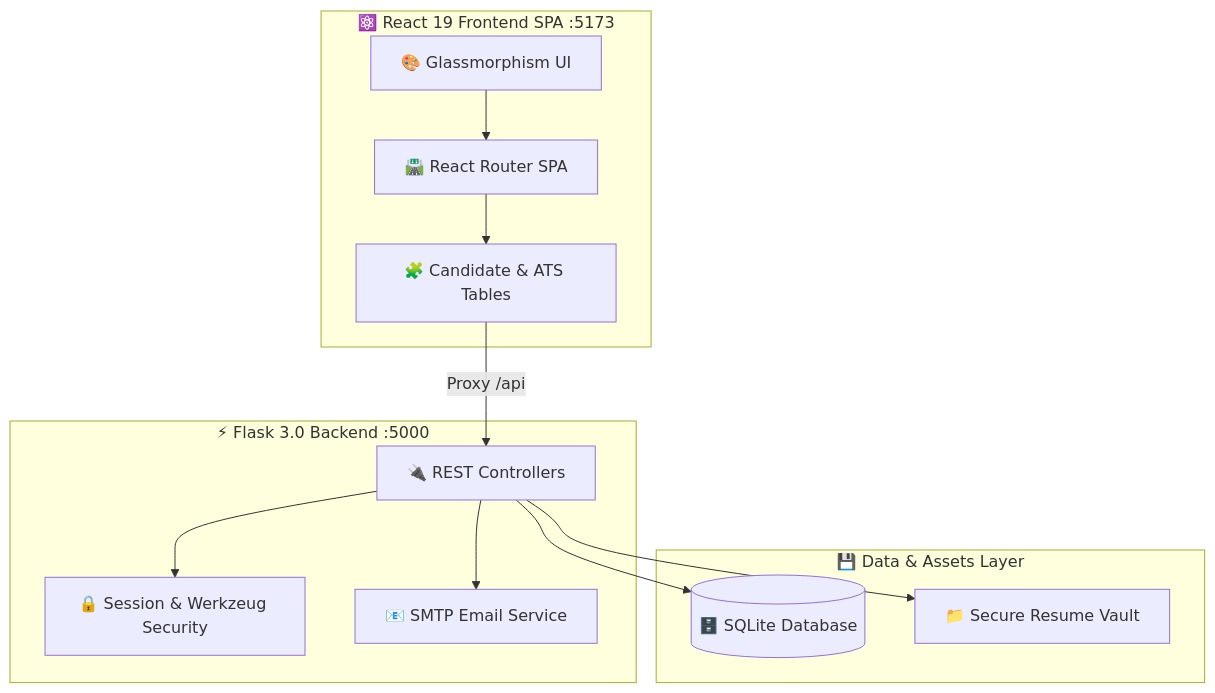
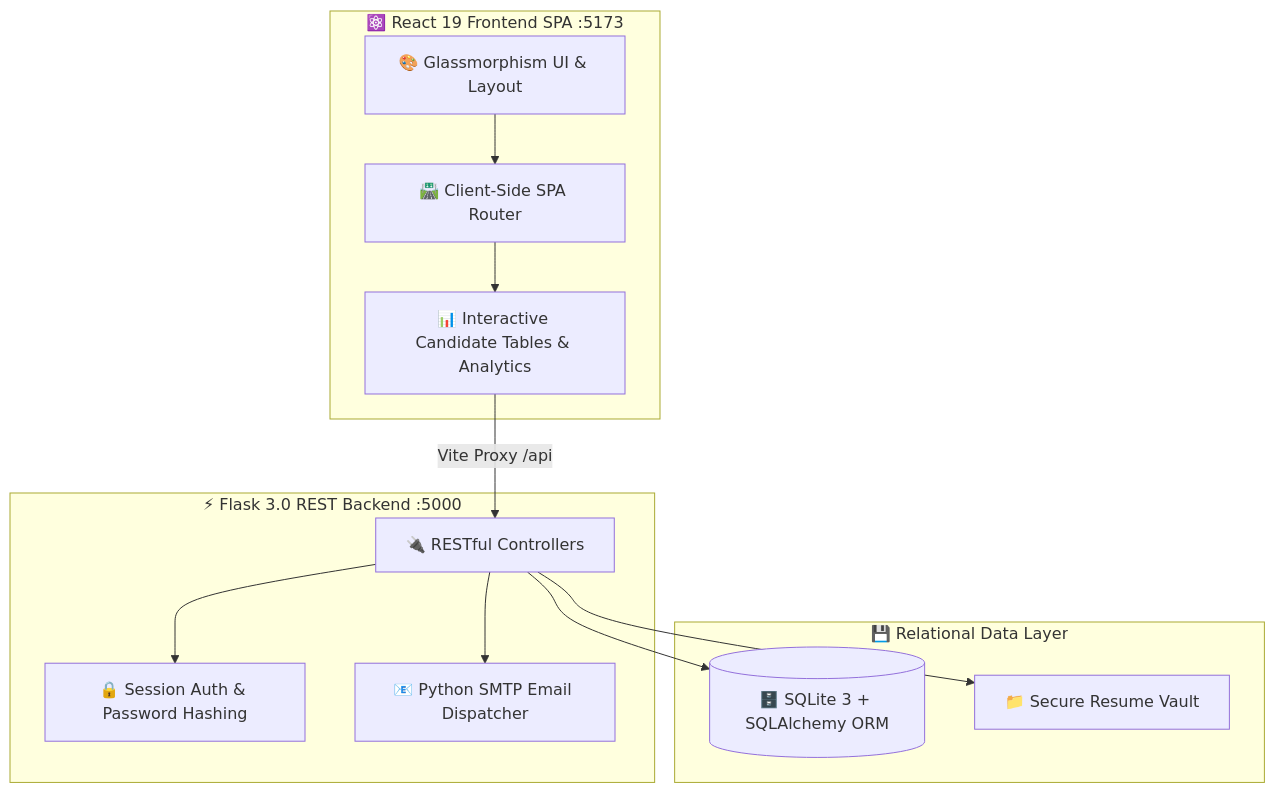
One commit to Nivedreddy6/Flask changed the first of 2 diagrams in README.md. Above: the diagram before and after it, drawn with Mermaid. The commit also changed other lines of this file and 1 other file, not shown here.

````diff
--- a/README.md
+++ b/README.md
@@ -76,27 +123,27 @@
 ```mermaid
 flowchart TD
     subgraph Frontend [⚛️ React 19 Frontend SPA :5173]
-        UI[🎨 Glassmorphism UI]
-        Router[🛣️ React Router SPA]
-        Components[🧩 Candidate & ATS Tables]
+        UI[🎨 Glassmorphism UI & Layout]
+        Router[🛣️ Client-Side SPA Router]
+        ATS_Table[📊 Interactive Candidate Tables & Analytics]
     end
 
-    subgraph Backend [⚡ Flask 3.0 Backend :5000]
-        API[🔌 REST Controllers]
-        Auth[🔒 Session & Werkzeug Security]
-        Mailer[📧 SMTP Email Service]
+    subgraph Backend [⚡ Flask 3.0 REST Backend :5000]
+        API[🔌 RESTful Controllers]
+        Auth[🔒 Session Auth & Password Hashing]
+        Mailer[📧 Python SMTP Email Dispatcher]
     end
 
-    subgraph Storage [💾 Data & Assets Layer]
-        DB[(🗄️ SQLite Database)]
+    subgraph Storage [💾 Relational Data Layer]
+        DB[(🗄️ SQLite 3 + SQLAlchemy ORM)]
         Uploads[📁 Secure Resume Vault]
     end
 
     UI --> Router
-    Router --> Components
-    Components -->|Proxy /api| API
+    Router --> ATS_Table
+    ATS_Table -->|Vite Proxy /api| API
     API --> Auth
     API --> Mailer
     API --> DB
     API --> Uploads
 ```
````
